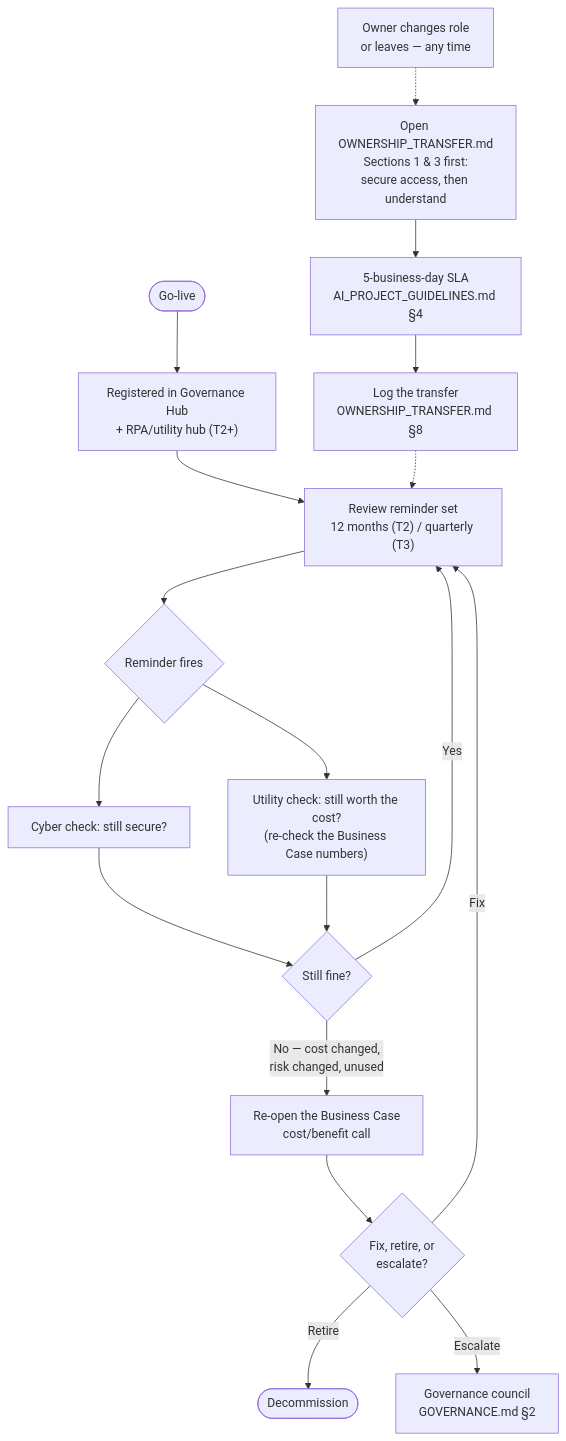
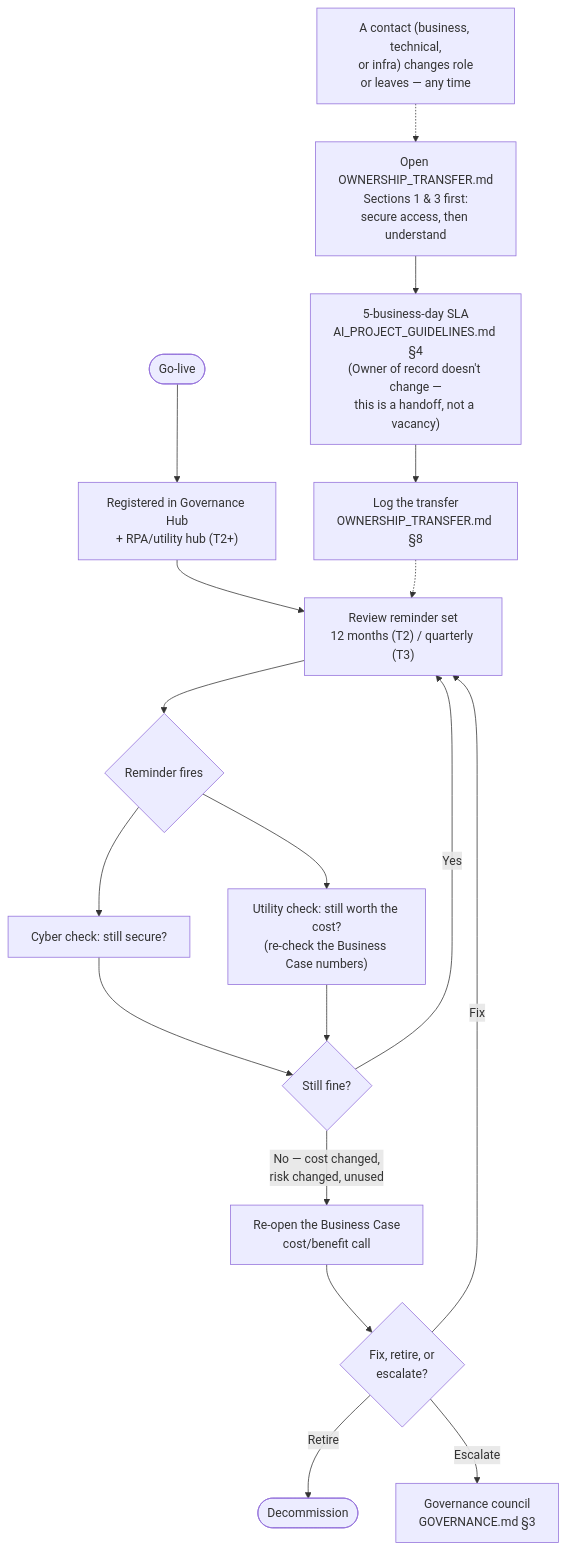
Before and after one commit to Mikujon/ai-governance-kit: the fourth of 5 diagrams in PROCESS_FLOW.md, drawn with Mermaid. The commit also changed other lines of this file and 13 other files, not shown here.

````diff
--- a/PROCESS_FLOW.md
+++ b/PROCESS_FLOW.md
@@ -68,21 +86,21 @@
 ```mermaid
 flowchart TD
     A(["Go-live"]) --> B["Registered in Governance Hub<br/>+ RPA/utility hub (T2+)"]
     B --> C["Review reminder set<br/>12 months (T2) / quarterly (T3)"]
     C --> D{"Reminder fires"}
     D --> E["Cyber check: still secure?"]
     D --> F["Utility check: still worth the cost?<br/>(re-check the Business Case numbers)"]
     E --> G{"Still fine?"}
     F --> G
     G -->|Yes| C
     G -->|No — cost changed,<br/>risk changed, unused| H["Re-open the Business Case<br/>cost/benefit call"]
     H --> I{"Fix, retire, or<br/>escalate?"}
     I -->|Fix| C
     I -->|Retire| Z(["Decommission"])
-    I -->|Escalate| J["Governance council<br/>GOVERNANCE.md §2"]
+    I -->|Escalate| J["Governance council<br/>GOVERNANCE.md §3"]
 
-    K["Owner changes role<br/>or leaves — any time"] -.-> L["Open OWNERSHIP_TRANSFER.md<br/>Sections 1 & 3 first:<br/>secure access, then understand"]
-    L --> M["5-business-day SLA<br/>AI_PROJECT_GUIDELINES.md §4"]
+    K["A contact (business, technical,<br/>or infra) changes role<br/>or leaves — any time"] -.-> L["Open OWNERSHIP_TRANSFER.md<br/>Sections 1 & 3 first:<br/>secure access, then understand"]
+    L --> M["5-business-day SLA<br/>AI_PROJECT_GUIDELINES.md §4<br/>(Owner of record doesn't change —<br/>this is a handoff, not a vacancy)"]
     M --> N["Log the transfer<br/>OWNERSHIP_TRANSFER.md §8"]
     N -.-> C
 ```
````
